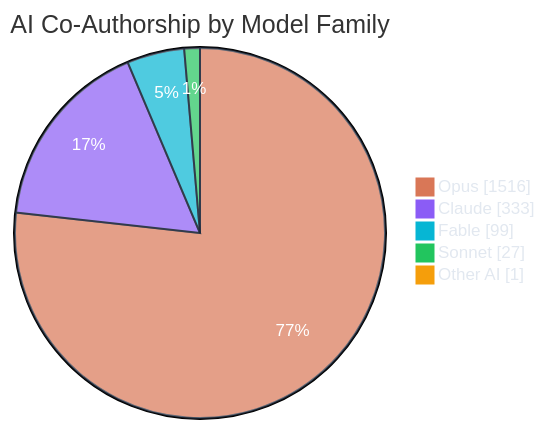
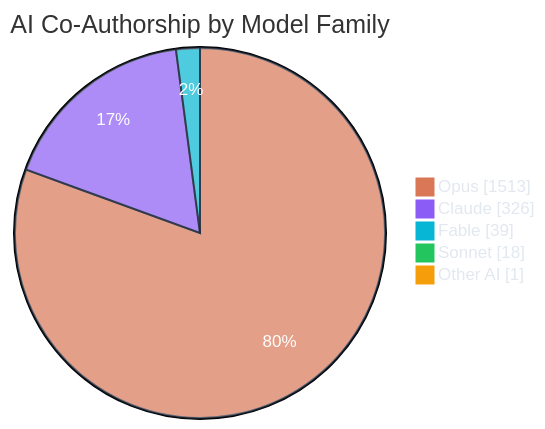
Before and after one commit to polo-nyan/polo-nyan: the third of 7 diagrams in README.md, drawn with Mermaid. The commit also changed other lines of this file and 1 other file, not shown here.

````diff
--- a/README.md
+++ b/README.md
@@ -279,10 +279,10 @@
 ```mermaid
 %%{init: {"theme": "base", "themeVariables": { "pie1": "#d97757", "pie2": "#8b5cf6", "pie3": "#06b6d4", "pie4": "#22c55e", "pie5": "#f59e0b", "pie6": "#ec4899", "pieTextColor": "#ffffff", "pieLegendTextColor": "#e2e8f0", "pieSectionTextColor": "#ffffff", "pieStrokeColor": "#1e293b" }}}%%
 pie showData
     title AI Co-Authorship by Model Family
-    "Opus" : 1516
-    "Claude" : 333
-    "Fable" : 99
-    "Sonnet" : 27
+    "Opus" : 1513
+    "Claude" : 326
+    "Fable" : 39
+    "Sonnet" : 18
     "Other AI" : 1
 ```
````
